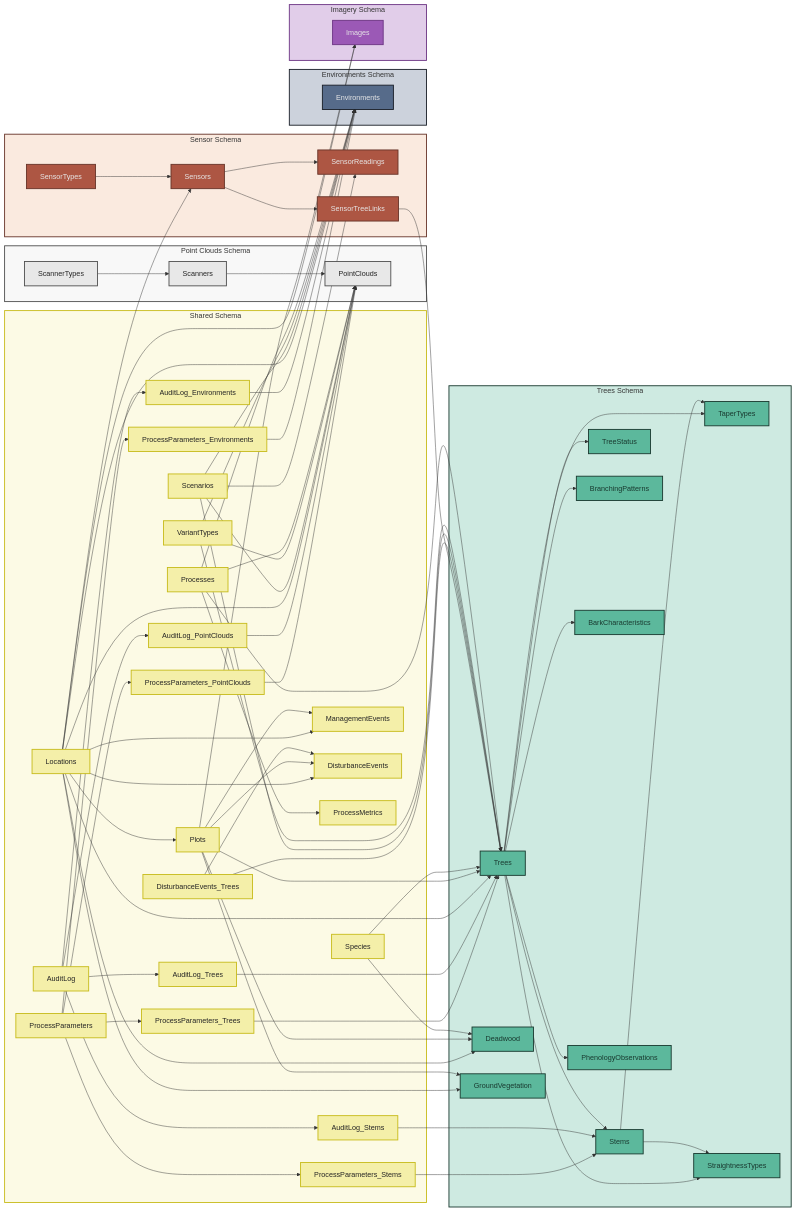
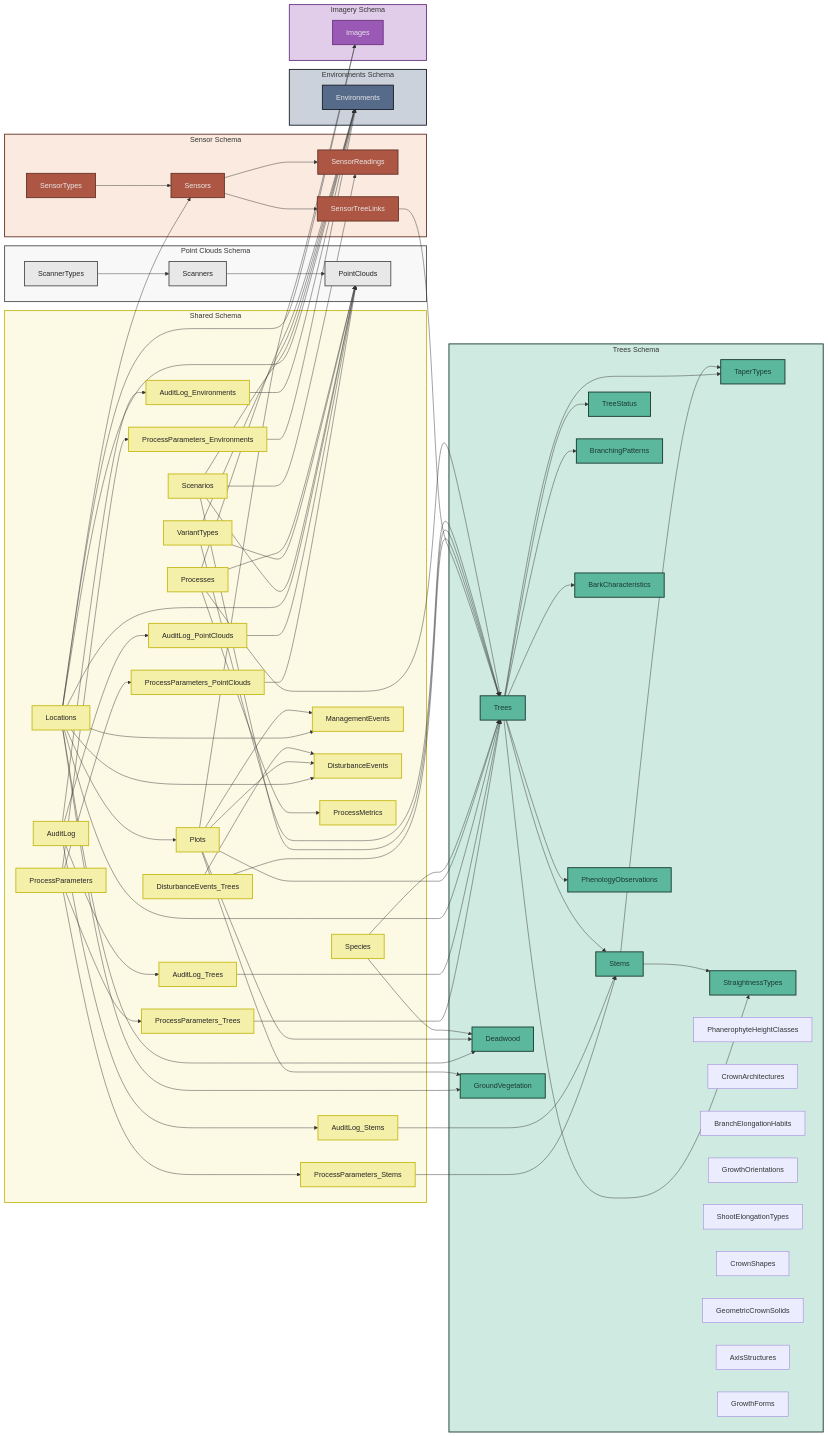
One commit to XRFutureForests/digital-twin-db changed the first of 21 diagrams in docs/database-schema.md. Above: the diagram before and after it, drawn with Mermaid. The commit also changed other lines of this file and 8 other files, not shown here.

```diff
--- a/docs/database-schema.md
+++ b/docs/database-schema.md
@@ -73,6 +73,15 @@
         TPH[PhenologyObservations]
         TDW[Deadwood]
         TGV[GroundVegetation]
+        TPHC[PhanerophyteHeightClasses]
+        TCA[CrownArchitectures]
+        TBEH[BranchElongationHabits]
+        TGO[GrowthOrientations]
+        TSET[ShootElongationTypes]
+        TCS[CrownShapes]
+        TGCS[GeometricCrownSolids]
+        TAS[AxisStructures]
+        TGF[GrowthForms]
     end
 
     subgraph sensor ["Sensor Schema"]
```
